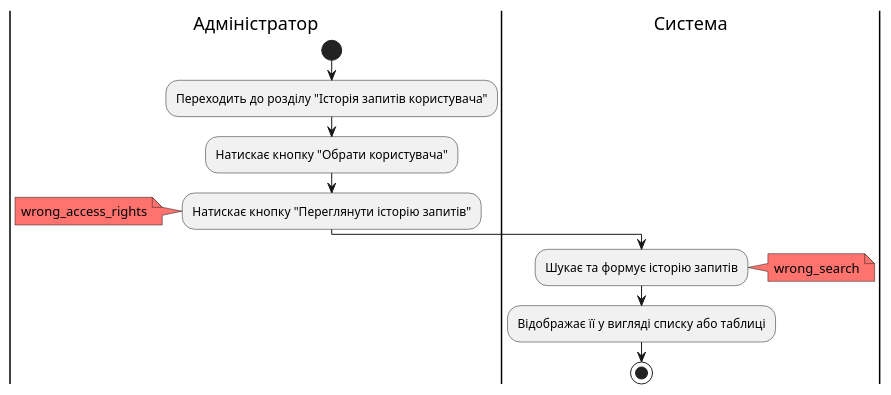
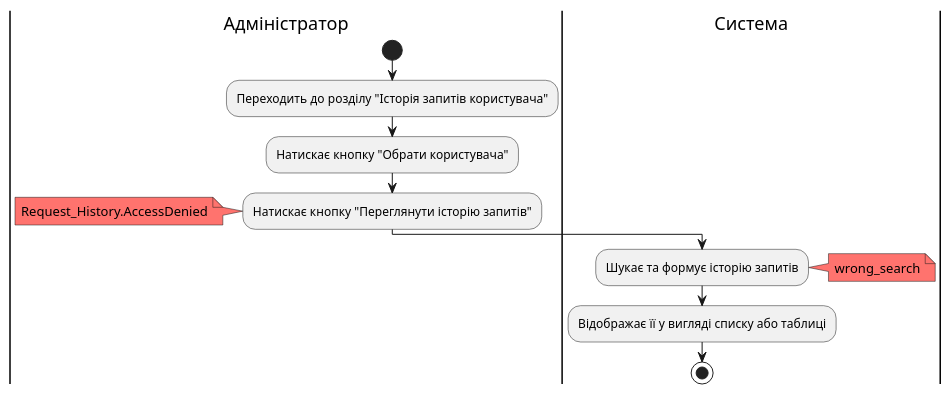
One commit to nonGratis/retarder-io-23-3 changed diagram 14 of 18 in docs/use cases/README.md. Above: the diagram before and after it, drawn with PlantUML. The commit also changed other lines of this file, not shown here.

Commit message:
Update UML diagrams for use cases

```diff
--- a/docs/use cases/README.md
+++ b/docs/use cases/README.md
@@ -455,17 +452,17 @@
 @startuml
 |Адміністратор| 
     start
     :Переходить до розділу "Історія запитів користувача";
     :Натискає кнопку "Обрати користувача";
     :Натискає кнопку "Переглянути історію запитів";
         note left #FF736E
-            wrong_access_rights
+            Request_History.AccessDenied
         end note
 |Система|
     :Шукає та формує історію запитів;
         note right #FF736E
             wrong_search
         end note
     :Відображає її у вигляді списку або таблиці;
     stop
 @enduml
```
